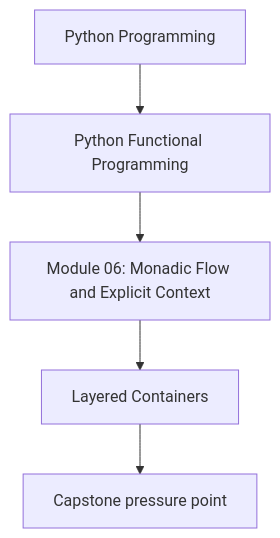
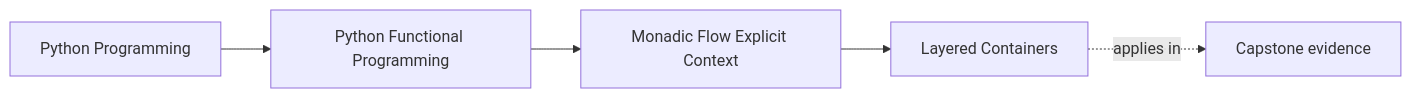
The first of 2 diagrams in programs/python-programming/python-functional-programming/course-book/module-06-monadic-flow-explicit-context/layered-containers.md (bijux/bijux-masterclass), drawn with Mermaid before and after one commit. The commit also changed other lines of this file and 108 other files, not shown here.

Commit message:
docs(python-functional-programming): map capstone and advanced design surfaces

````diff
--- a/programs/python-programming/python-functional-programming/course-book/module-06-monadic-flow-explicit-context/layered-containers.md
+++ b/programs/python-programming/python-functional-programming/course-book/module-06-monadic-flow-explicit-context/layered-containers.md
@@ -7,7 +7,11 @@
 ```mermaid
-flowchart TD
-  family["Python Programming"] --> program["Python Functional Programming"]
-  program --> module["Module 06: Monadic Flow and Explicit Context"]
-  module --> concept["Layered Containers"]
-  concept --> capstone["Capstone pressure point"]
+graph LR
+  family["Python Programming"]
+  program["Python Functional Programming"]
+  section["Monadic Flow Explicit Context"]
+  page["Layered Containers"]
+  capstone["Capstone evidence"]
+
+  family --> program --> section --> page
+  page -.applies in.-> capstone
 ```
````
